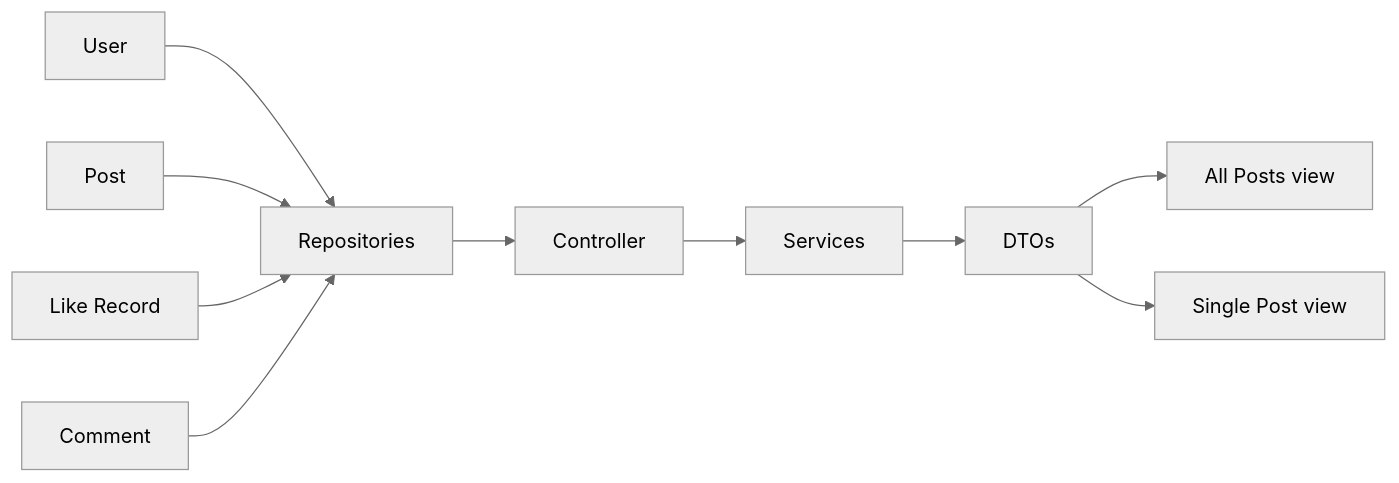
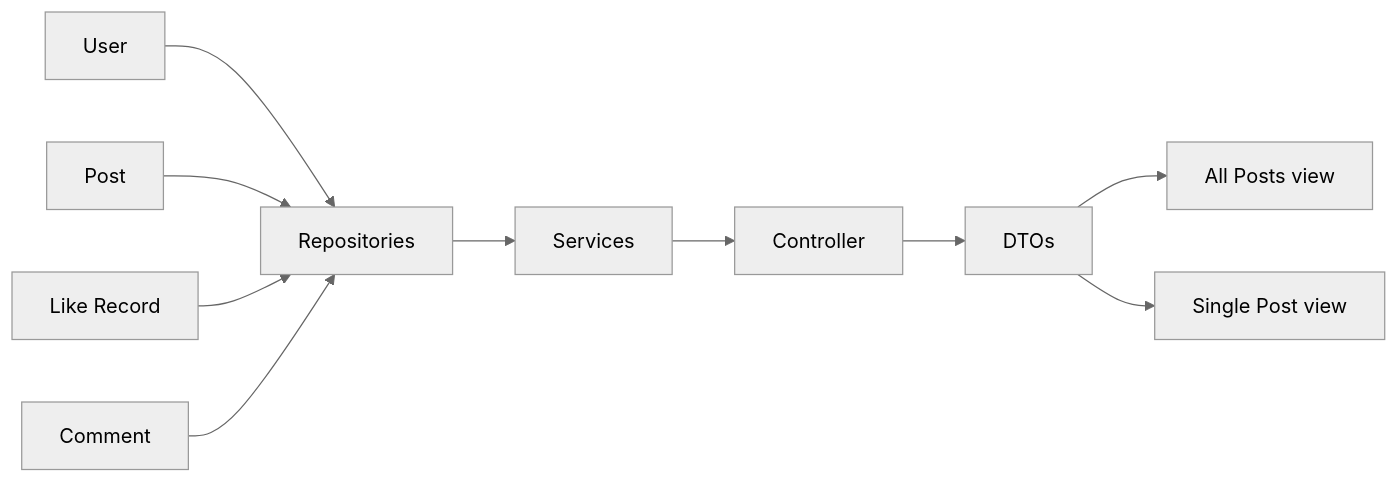
The diagram in Forum Documentation/Forum.md (Ameena-Juhi/LoginForum), drawn with Mermaid (neutral theme) before and after one commit. The commit also changed other lines of this file, not shown here.

Commit message:
changed the flow chart

````diff
--- a/Forum Documentation/Forum.md
+++ b/Forum Documentation/Forum.md
@@ -58,8 +50,8 @@
 ```mermaid
 graph LR
-A[User]--> E[Repositories]-->F[Controller]-->J[Services]-->G[DTOs]-->H[All Posts view]
+A[User]--> E[Repositories]-->J[Services]-->F[Controller]-->G[DTOs]-->H[All Posts view]
 B[Post]--> E[Repositories]
 C[Like Record]--> E[Repositories]
 D[Comment]--> E[Repositories]
 G[DTOs]-->I[Single Post view]
 ```
````
